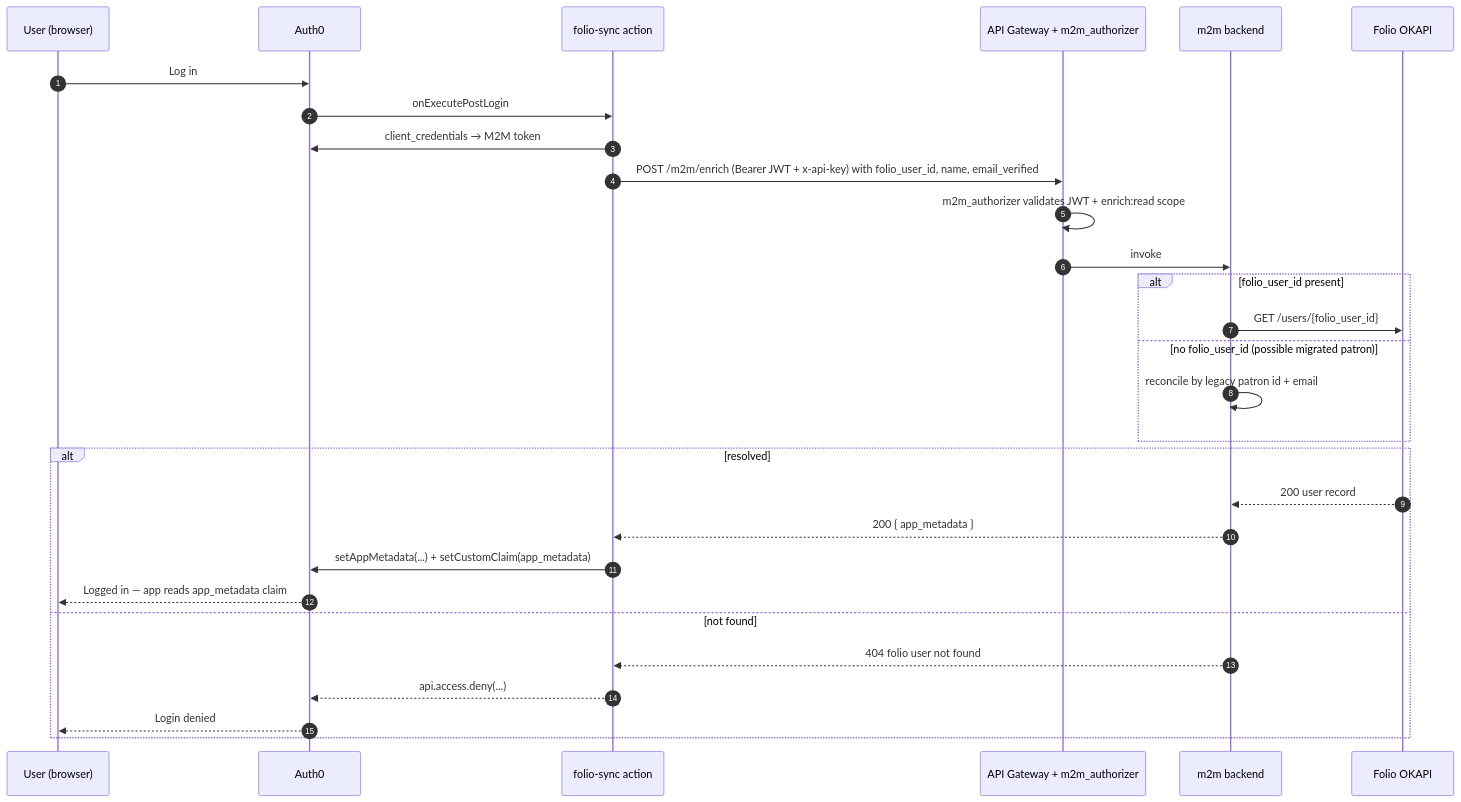
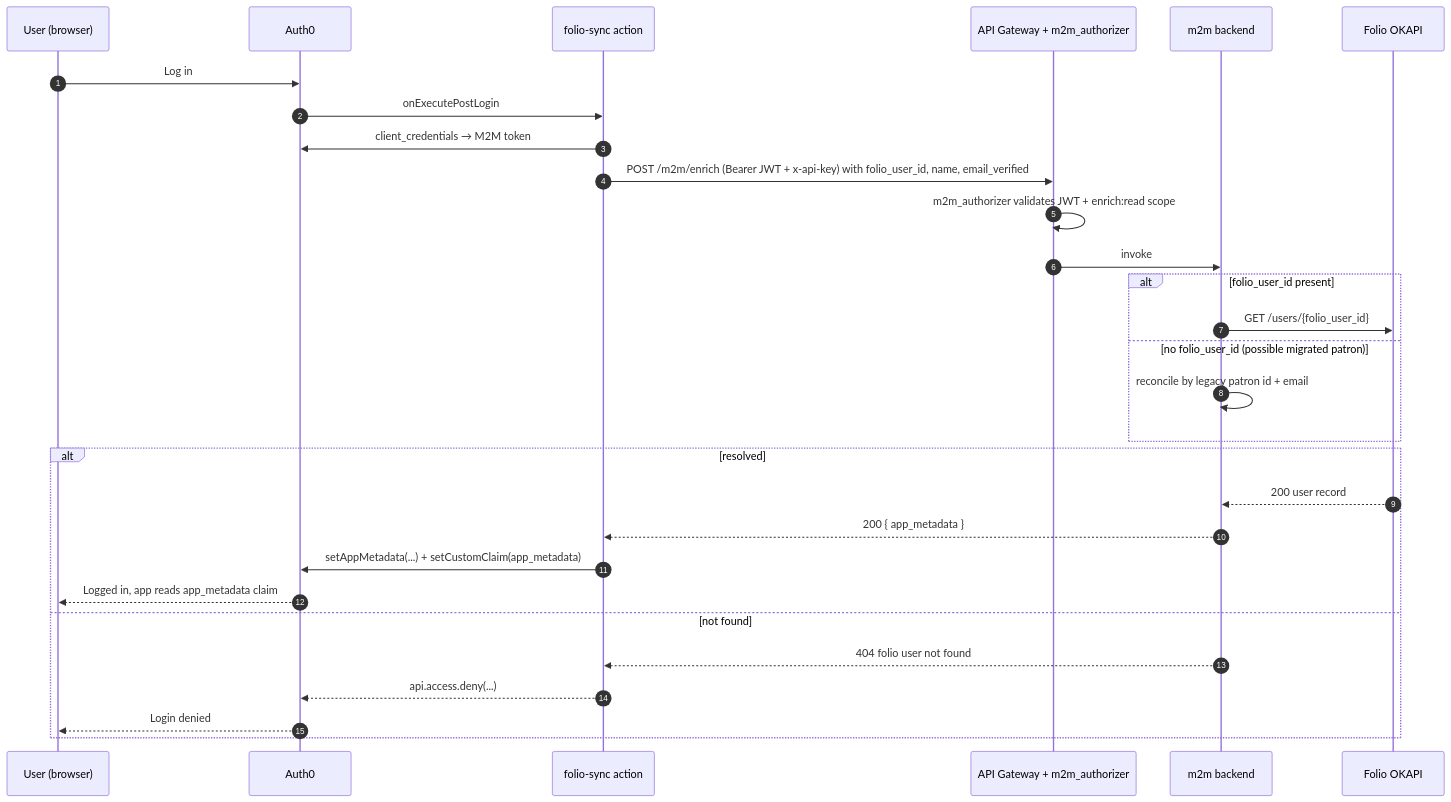
The third of 5 diagrams in rfcs/088-folio-identity-requesting-migration/README.md (wellcomecollection/docs), drawn with Mermaid before and after one commit. The commit also changed other lines of this file and 4 other files, not shown here.

````diff
--- a/rfcs/088-folio-identity-requesting-migration/README.md
+++ b/rfcs/088-folio-identity-requesting-migration/README.md
@@ -223,32 +223,32 @@
 ```mermaid
 sequenceDiagram
   autonumber
   participant U as User (browser)
   participant A0 as Auth0
   participant POST as folio-sync action
   participant GW as API Gateway + m2m_authorizer
   participant L as m2m backend
   participant F as Folio OKAPI
 
   U->>A0: Log in
   A0->>POST: onExecutePostLogin
   POST->>A0: client_credentials → M2M token
   POST->>GW: POST /m2m/enrich (Bearer JWT + x-api-key) with folio_user_id, name, email_verified
   GW->>GW: m2m_authorizer validates JWT + enrich:read scope
   GW->>L: invoke
   alt folio_user_id present
     L->>F: GET /users/{folio_user_id}
   else no folio_user_id (possible migrated patron)
     L->>L: reconcile by legacy patron id + email
   end
   alt resolved
     F-->>L: 200 user record
     L-->>POST: 200 { app_metadata }
     POST->>A0: setAppMetadata(...) + setCustomClaim(app_metadata)
-    A0-->>U: Logged in — app reads app_metadata claim
+    A0-->>U: Logged in, app reads app_metadata claim
   else not found
     L-->>POST: 404 folio user not found
     POST-->>A0: api.access.deny(...)
     A0-->>U: Login denied
   end
 ```
````
